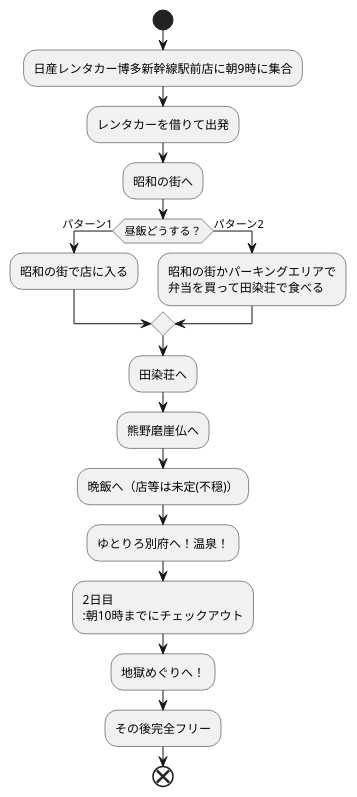
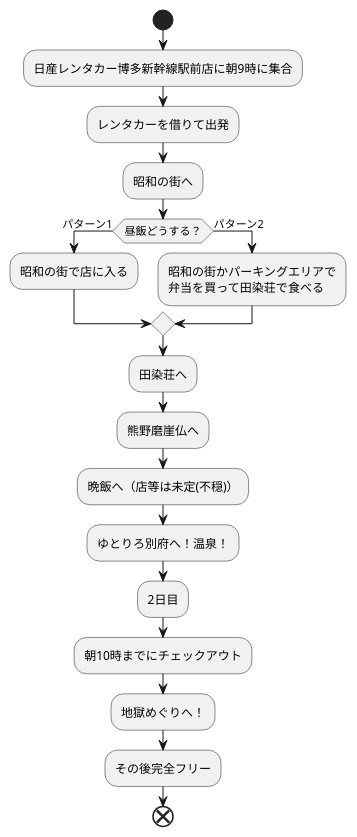
Before and after one commit to Aso2001369/2021sys-design: the diagram in trip.md, drawn with PlantUML.

````diff
--- a/trip.md
+++ b/trip.md
@@ -1,24 +1,24 @@
 ```uml
 @startuml
 start
 
 :日産レンタカー博多新幹線駅前店に朝9時に集合;
 :レンタカーを借りて出発;
 :昭和の街へ;
 if(昼飯どうする？)then(パターン1)
 :昭和の街で店に入る;
 else(パターン2)
 :昭和の街かパーキングエリアで
 弁当を買って田染荘で食べる;
 endif
 :田染荘へ;
 :熊野磨崖仏へ;
 :晩飯へ（店等は未定(不穏)）;
 :ゆとりろ別府へ！温泉！;
-:2日目
+:2日目;
 :朝10時までにチェックアウト;
 :地獄めぐりへ！;
 :その後完全フリー;
 end
 @enduml
 ```
````
